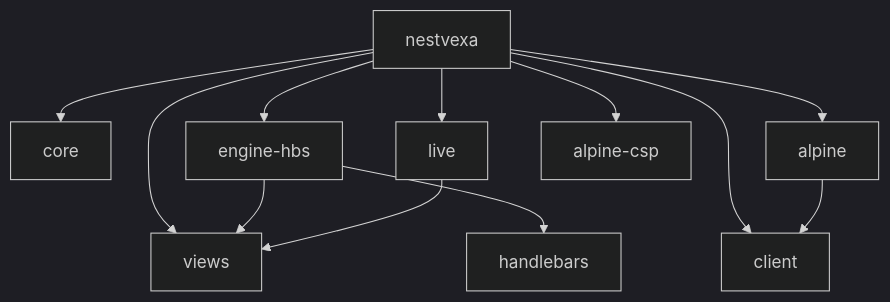
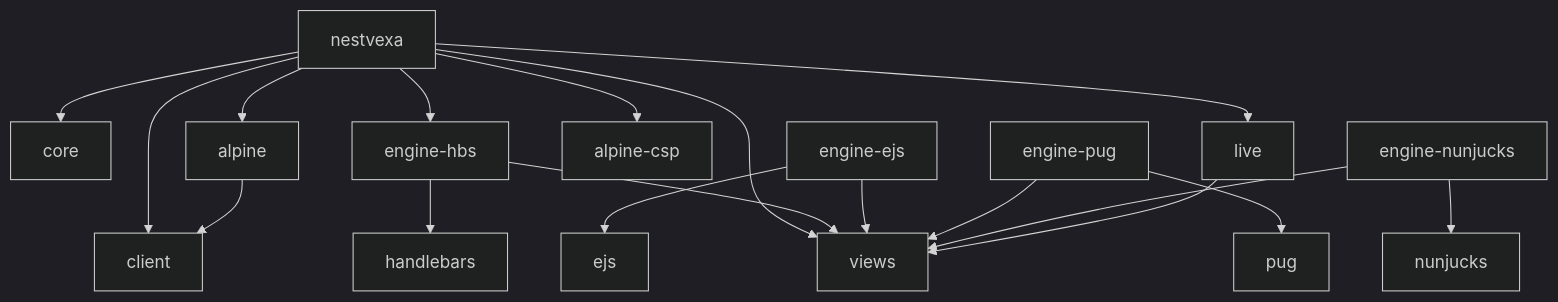
The diagram in docs/architecture/package-dependency-graph.md (Nestvexa/nestvexa), drawn with Mermaid (dark theme) before and after one commit. The commit also changed other lines of this file and 41 other files, not shown here.

````diff
--- a/docs/architecture/package-dependency-graph.md
+++ b/docs/architecture/package-dependency-graph.md
@@ -3,14 +3,20 @@
 ```mermaid
 flowchart TD
   nestvexa --> core
   nestvexa --> views
   nestvexa --> engine-hbs
   nestvexa --> live
   nestvexa --> client
   nestvexa --> alpine
   nestvexa --> alpine-csp
   engine-hbs --> views
   engine-hbs --> handlebars
+  engine-ejs --> views
+  engine-ejs --> ejs
+  engine-pug --> views
+  engine-pug --> pug
+  engine-nunjucks --> views
+  engine-nunjucks --> nunjucks
   live --> views
   alpine --> client
 ```
````
